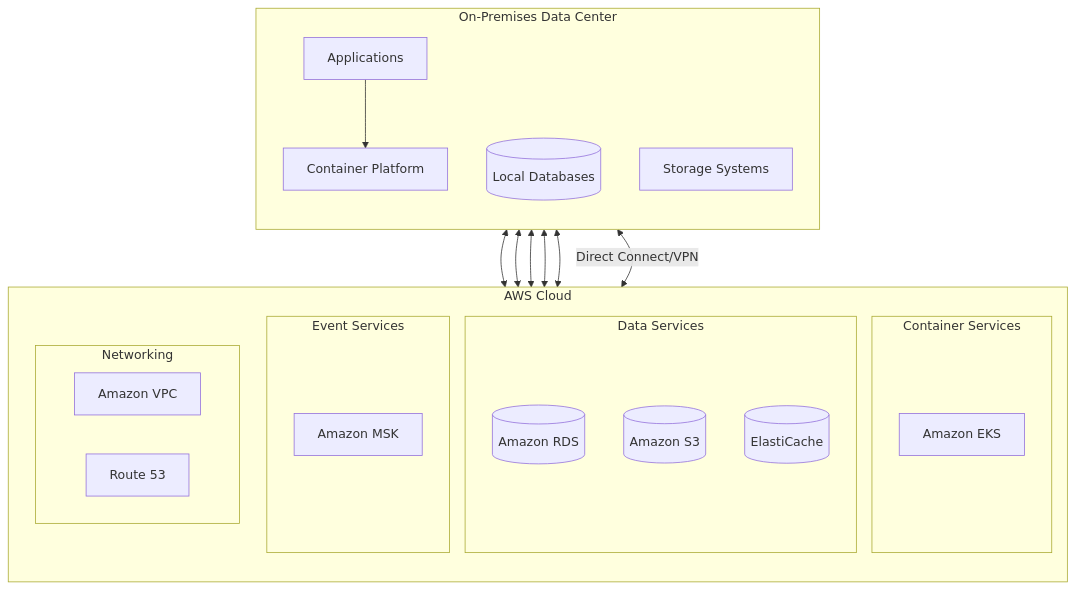
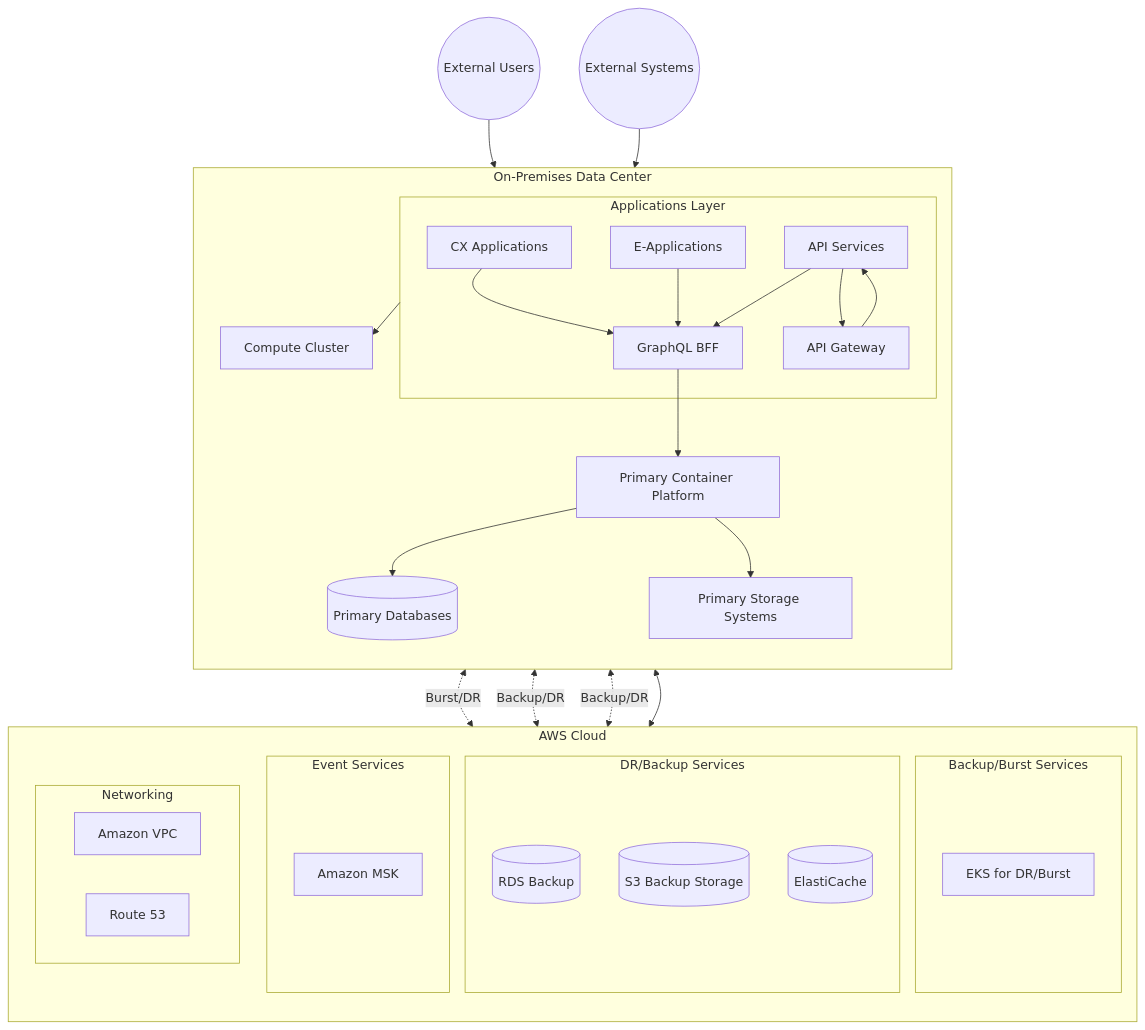
The diagram in AWS-HybridCloud.md (henryrestive/infra-docs), drawn with Mermaid before and after one commit. The commit also changed other lines of this file and 2 other files, not shown here.

Commit message:
Adding details of `Applications` and API Gateway

````diff
--- a/AWS-HybridCloud.md
+++ b/AWS-HybridCloud.md
@@ -8,40 +8,57 @@
 ```mermaid
 graph TB
     subgraph OnPrem[On-Premises Data Center]
         direction TB
-        Apps[Applications]
-        ContainerPlatform[Container Platform]
-        LocalDB[(Local Databases)]
-        LocalStorage[Storage Systems]
+        subgraph Apps[Applications Layer]
+            CX[CX Applications]
+            EApp[E-Applications]
+            API[API Services]
+            BFF[GraphQL BFF]
+            Gateway[API Gateway]
+        end
+        
+        ContainerPlatform[Primary Container Platform]
+        PrimaryDB[(Primary Databases)]
+        PrimaryStorage[Primary Storage Systems]
+        ComputeCluster[Compute Cluster]
     end
 
     subgraph AWS[AWS Cloud]
         direction TB
-        subgraph Compute[Container Services]
-            EKS[Amazon EKS]
+        subgraph Compute[Backup/Burst Services]
+            EKS[EKS for DR/Burst]
         end
         
-        subgraph Data[Data Services]
-            RDS[(Amazon RDS)]
-            S3[(Amazon S3)]
+        subgraph Data[DR/Backup Services]
+            RDS[(RDS Backup)]
+            S3[(S3 Backup Storage)]
             ElastiCache[(ElastiCache)]
         end
         
         subgraph Messaging[Event Services]
             MSK[Amazon MSK]
         end
         
         subgraph Network[Networking]
             VPC[Amazon VPC]
             Route53[Route 53]
         end
     end
 
-    OnPrem <--> |Direct Connect/VPN| Network
-    Apps --> ContainerPlatform
-    ContainerPlatform <--> EKS
-    LocalDB <--> RDS
-    LocalStorage <--> S3
-    Apps <--> MSK
-    ContainerPlatform <--> ElastiCache
+    ExternalUsers((External Users))
+    ExternalSystems((External Systems))
+
+    CX & EApp & API --> BFF
+    API --> Gateway
+    Gateway --> API
+    ExternalUsers --> Gateway
+    ExternalSystems --> Gateway
+    BFF --> ContainerPlatform
+    ContainerPlatform --> PrimaryDB
+    ContainerPlatform --> PrimaryStorage
+    Apps --> ComputeCluster
+    ContainerPlatform <-.->|Burst/DR| EKS
+    PrimaryDB <-.->|Backup/DR| RDS
+    PrimaryStorage <-.->|Backup/DR| S3
+    API <--> MSK
 ```
````
